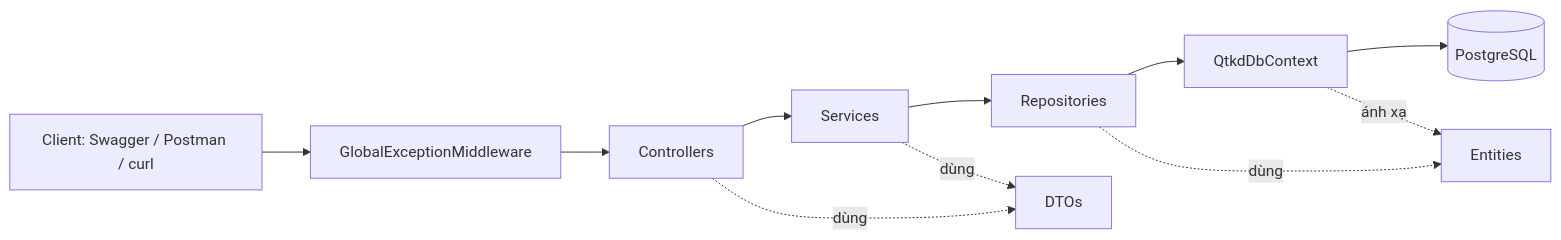
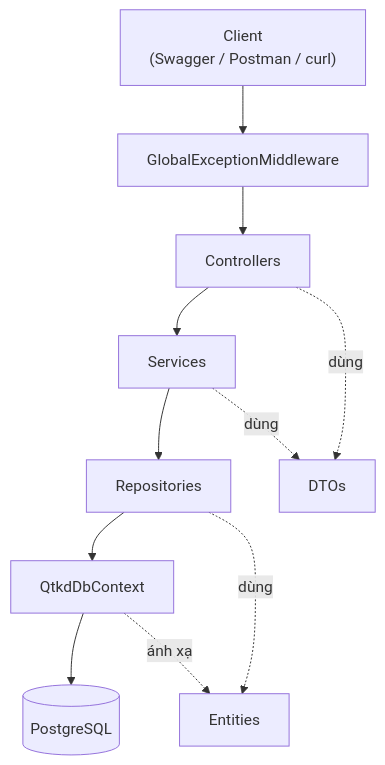
The first of 2 diagrams in docs/architecture.md (khoispeedcuber/qtkd), drawn with Mermaid before and after one commit. The commit also changed other lines of this file, not shown here.

````diff
--- a/docs/architecture.md
+++ b/docs/architecture.md
@@ -22,13 +7,13 @@
 ```mermaid
-flowchart LR
-    C[Client: Swagger / Postman / curl] --> M[GlobalExceptionMiddleware]
+flowchart TB
+    C["Client<br/>(Swagger / Postman / curl)"] --> M[GlobalExceptionMiddleware]
     M --> A[Controllers]
     A --> S[Services]
     S --> R[Repositories]
     R --> D[QtkdDbContext]
     D --> P[(PostgreSQL)]
     A -. dùng .-> T[DTOs]
     S -. dùng .-> T
     R -. dùng .-> E[Entities]
     D -. ánh xạ .-> E
 ```
````
